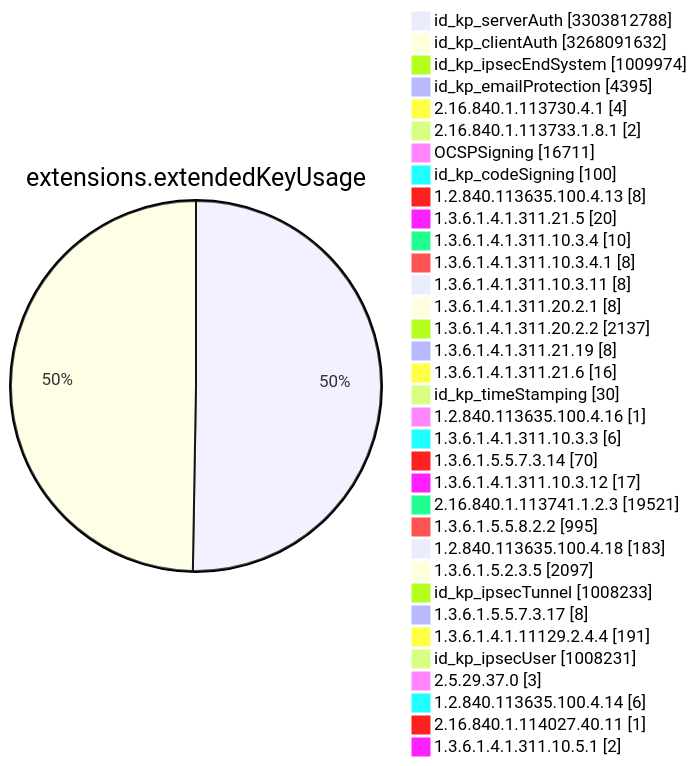
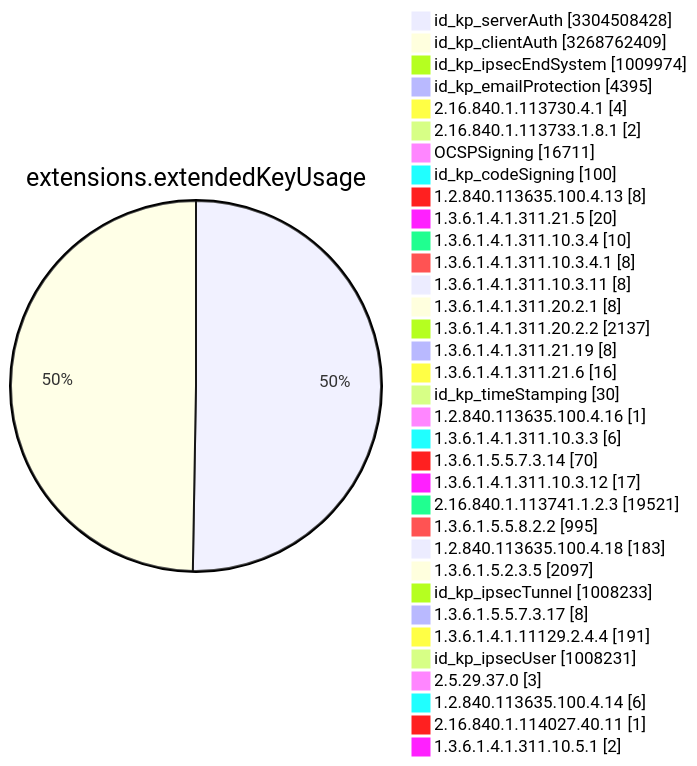
Diagram 11 of 15 in TOTAL/README.md (christiankrug/ctmonitor_visualization), drawn with Mermaid before and after one commit. The commit also changed other lines of this file, not shown here.

````diff
--- a/TOTAL/README.md
+++ b/TOTAL/README.md
@@ -4120,38 +4120,38 @@
 ```mermaid
 pie showData
 title extensions.extendedKeyUsage
-"id_kp_serverAuth" :3303812788
-"id_kp_clientAuth" :3268091632
+"id_kp_serverAuth" :3304508428
+"id_kp_clientAuth" :3268762409
 "id_kp_ipsecEndSystem" :1009974
 "id_kp_emailProtection" :4395
 "2.16.840.1.113730.4.1" :4
 "2.16.840.1.113733.1.8.1" :2
 "OCSPSigning" :16711
 "id_kp_codeSigning" :100
 "1.2.840.113635.100.4.13" :8
 "1.3.6.1.4.1.311.21.5" :20
 "1.3.6.1.4.1.311.10.3.4" :10
 "1.3.6.1.4.1.311.10.3.4.1" :8
 "1.3.6.1.4.1.311.10.3.11" :8
 "1.3.6.1.4.1.311.20.2.1" :8
 "1.3.6.1.4.1.311.20.2.2" :2137
 "1.3.6.1.4.1.311.21.19" :8
 "1.3.6.1.4.1.311.21.6" :16
 "id_kp_timeStamping" :30
 "1.2.840.113635.100.4.16" :1
 "1.3.6.1.4.1.311.10.3.3" :6
 "1.3.6.1.5.5.7.3.14" :70
 "1.3.6.1.4.1.311.10.3.12" :17
 "2.16.840.1.113741.1.2.3" :19521
 "1.3.6.1.5.5.8.2.2" :995
 "1.2.840.113635.100.4.18" :183
 "1.3.6.1.5.2.3.5" :2097
 "id_kp_ipsecTunnel" :1008233
 "1.3.6.1.5.5.7.3.17" :8
 "1.3.6.1.4.1.11129.2.4.4" :191
 "id_kp_ipsecUser" :1008231
 "2.5.29.37.0" :3
 "1.2.840.113635.100.4.14" :6
 "2.16.840.1.114027.40.11" :1
 "1.3.6.1.4.1.311.10.5.1" :2
 ```
````
